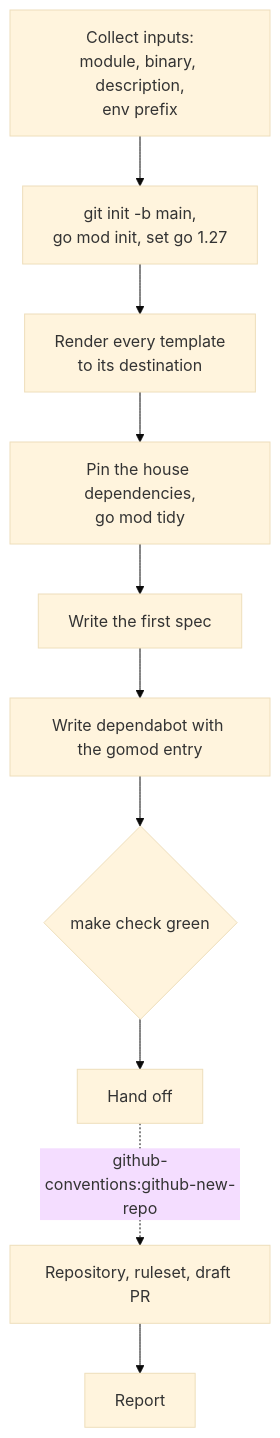
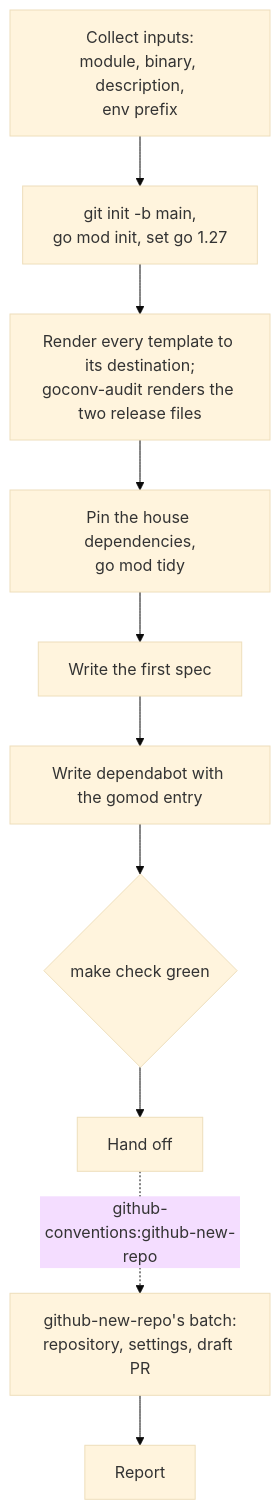
The third of 6 diagrams in README.md (jhoblitt/conventions-claude), drawn with Mermaid (base theme) before and after one commit. The commit also changed other lines of this file and 32 other files, not shown here.

````diff
--- a/README.md
+++ b/README.md
@@ -118,12 +118,12 @@
 ```mermaid
 flowchart TD
   A["Collect inputs:<br/>module, binary, description,<br/>env prefix"] --> B["git init -b main,<br/>go mod init, set go 1.27"]
-  B --> C["Render every template<br/>to its destination"]
+  B --> C["Render every template to its destination;<br/>goconv-audit renders the two release files"]
   C --> D["Pin the house dependencies,<br/>go mod tidy"]
   D --> E["Write the first spec"]
   E --> F2["Write dependabot with the gomod entry"]
   F2 --> G2{"make check green"}
   G2 --> H2["Hand off"]
-  H2 -.->|github-conventions:github-new-repo| I2["Repository, ruleset, draft PR"]
+  H2 -.->|github-conventions:github-new-repo| I2["github-new-repo's batch:<br/>repository, settings, draft PR"]
   I2 --> J2["Report"]
 ```
````
